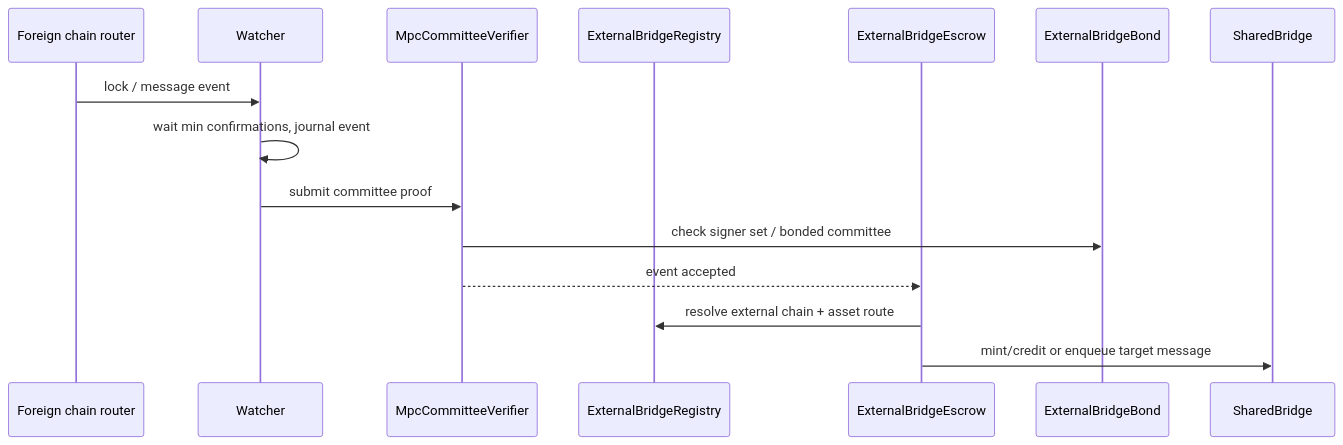
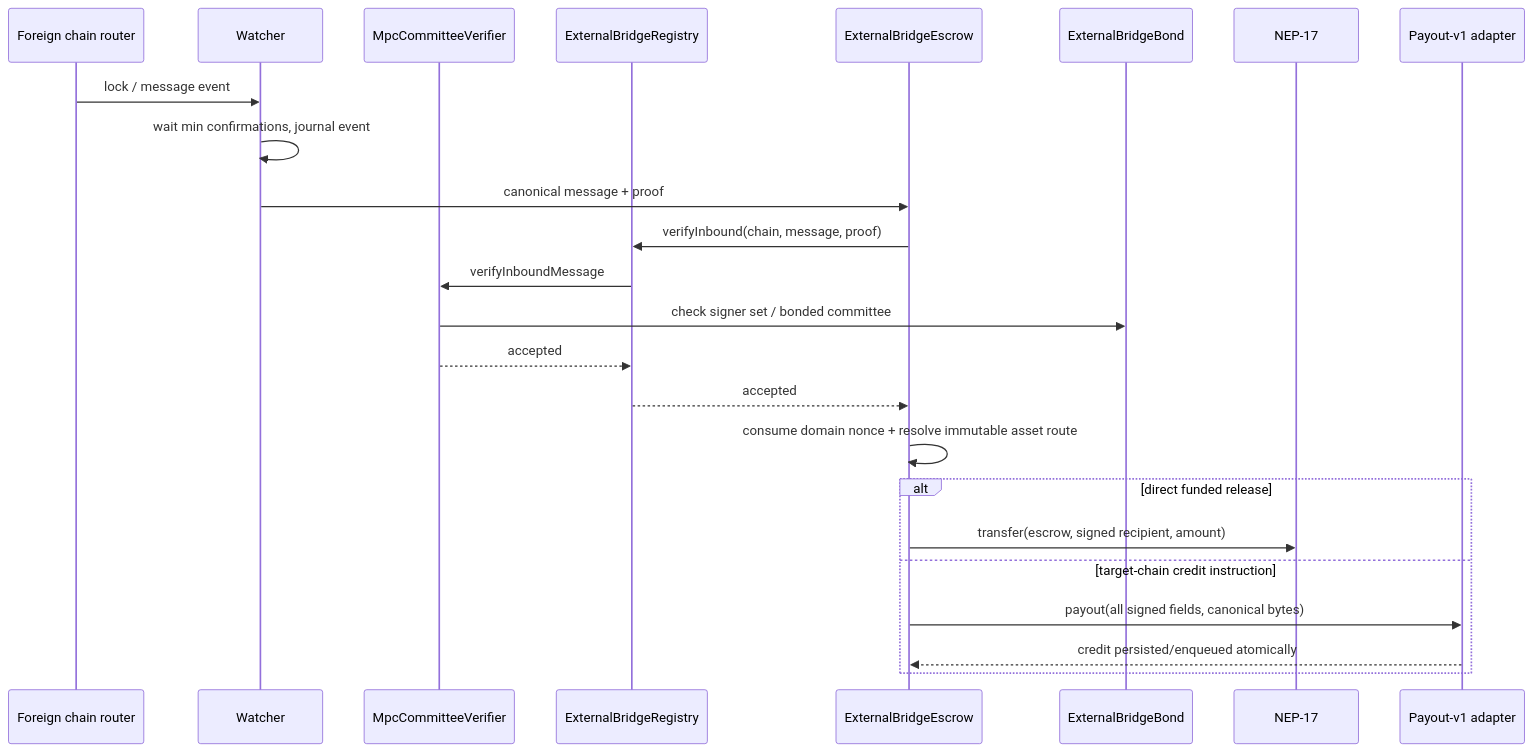
Before and after one commit to r3e-network/neo-n4: the ninth of 10 diagrams in docs/neohub-architecture-and-workflows.md, drawn with Mermaid. The commit also changed other lines of this file and 559 other files, not shown here.

````diff
--- a/docs/neohub-architecture-and-workflows.md
+++ b/docs/neohub-architecture-and-workflows.md
@@ -346,18 +351,27 @@
 ```mermaid
 sequenceDiagram
     participant Foreign as Foreign chain router
     participant Watcher
     participant MPC as MpcCommitteeVerifier
     participant Registry as ExternalBridgeRegistry
     participant Escrow as ExternalBridgeEscrow
     participant Bond as ExternalBridgeBond
-    participant Bridge as SharedBridge
+    participant Token as NEP-17
+    participant Adapter as Payout-v1 adapter
 
     Foreign->>Watcher: lock / message event
     Watcher->>Watcher: wait min confirmations, journal event
-    Watcher->>MPC: submit committee proof
+    Watcher->>Escrow: canonical message + proof
+    Escrow->>Registry: verifyInbound(chain, message, proof)
+    Registry->>MPC: verifyInboundMessage
     MPC->>Bond: check signer set / bonded committee
-    MPC-->>Escrow: event accepted
-    Escrow->>Registry: resolve external chain + asset route
-    Escrow->>Bridge: mint/credit or enqueue target message
+    MPC-->>Registry: accepted
+    Registry-->>Escrow: accepted
+    Escrow->>Escrow: consume domain nonce + resolve immutable asset route
+    alt direct funded release
+        Escrow->>Token: transfer(escrow, signed recipient, amount)
+    else target-chain credit instruction
+        Escrow->>Adapter: payout(all signed fields, canonical bytes)
+        Adapter-->>Escrow: credit persisted/enqueued atomically
+    end
 ```
````
